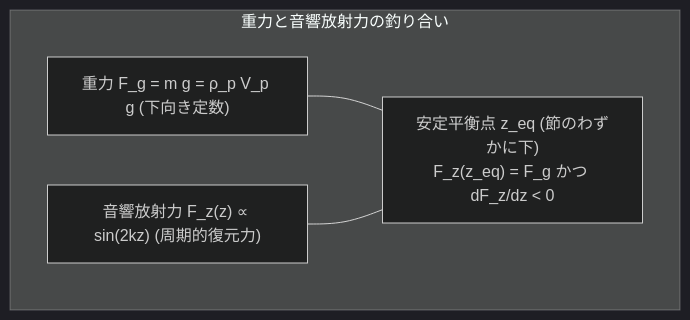
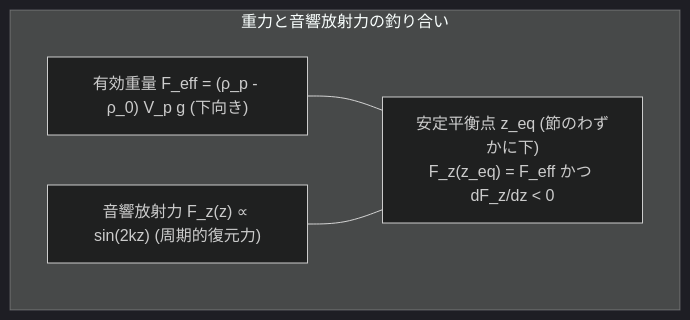
Before and after one commit to kenjinote/blog: the fifth of 5 diagrams in content/post/acoustic-levitation-standing-waves-radiation-force-ultrasonic-physics/index.ja.md, drawn with Mermaid (dark theme). The commit also changed other lines of this file and 16 other files, not shown here.

````diff
--- a/content/post/acoustic-levitation-standing-waves-radiation-force-ultrasonic-physics/index.ja.md
+++ b/content/post/acoustic-levitation-standing-waves-radiation-force-ultrasonic-physics/index.ja.md
@@ -202,10 +194,10 @@
 ```mermaid
 flowchart TD
     subgraph EquilibriumMechanics ["重力と音響放射力の釣り合い"]
-        Gravity["重力 F_g = m g = ρ_p V_p g (下向き定数)"]
+        Gravity["有効重量 F_eff = (ρ_p - ρ_0) V_p g (下向き)"]
         AcousticForce["音響放射力 F_z(z) ∝ sin(2kz) (周期的復元力)"]
-        Balance["安定平衡点 z_eq (節のわずかに下)<br>F_z(z_eq) = F_g かつ dF_z/dz < 0"]
+        Balance["安定平衡点 z_eq (節のわずかに下)<br>F_z(z_eq) = F_eff かつ dF_z/dz < 0"]
     end
     Gravity --- Balance
     AcousticForce --- Balance
 ```
````
